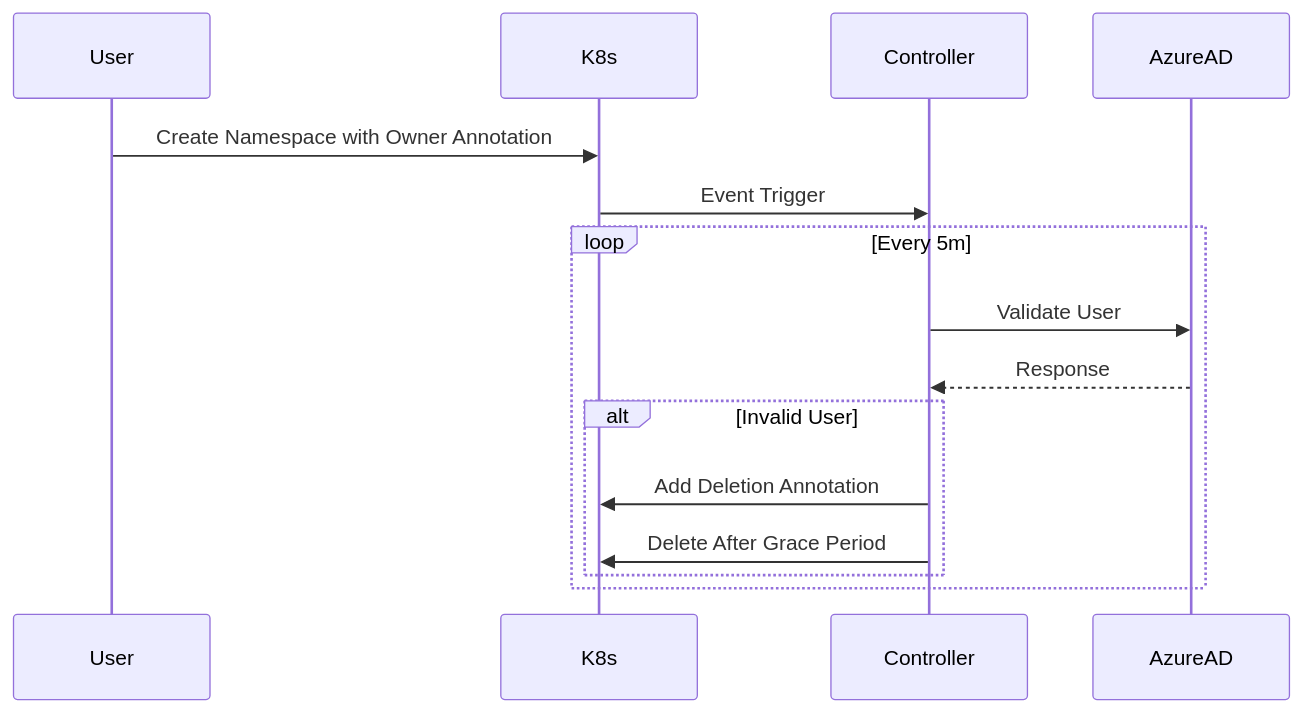
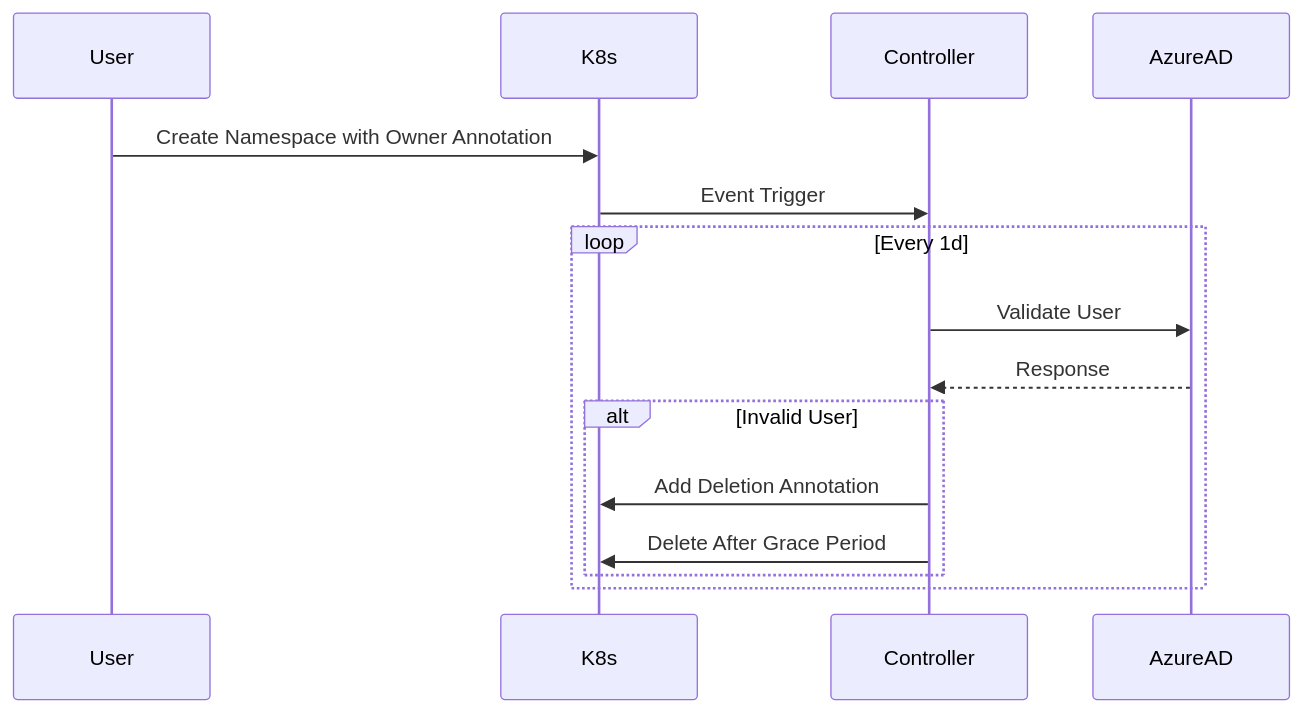
One commit to bryanpaget/namespace-auditor changed the second of 7 diagrams in README.md. Above: the diagram before and after it, drawn with Mermaid.

````diff
--- a/README.md
+++ b/README.md
@@ -84,18 +84,18 @@
 ```mermaid
 sequenceDiagram
     participant User
     participant K8s
     participant Controller
     participant AzureAD
 
     User->>K8s: Create Namespace with Owner Annotation
     K8s->>Controller: Event Trigger
-    loop Every 5m
+    loop Every 1d
         Controller->>AzureAD: Validate User
         AzureAD-->>Controller: Response
         alt Invalid User
             Controller->>K8s: Add Deletion Annotation
             Controller->>K8s: Delete After Grace Period
         end
     end
 ```
````
